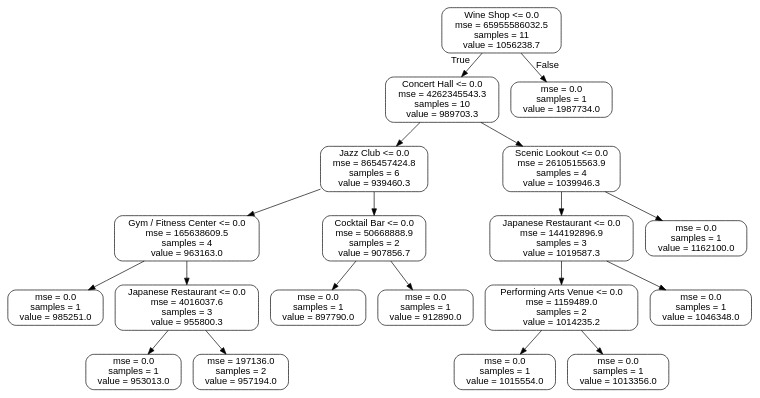
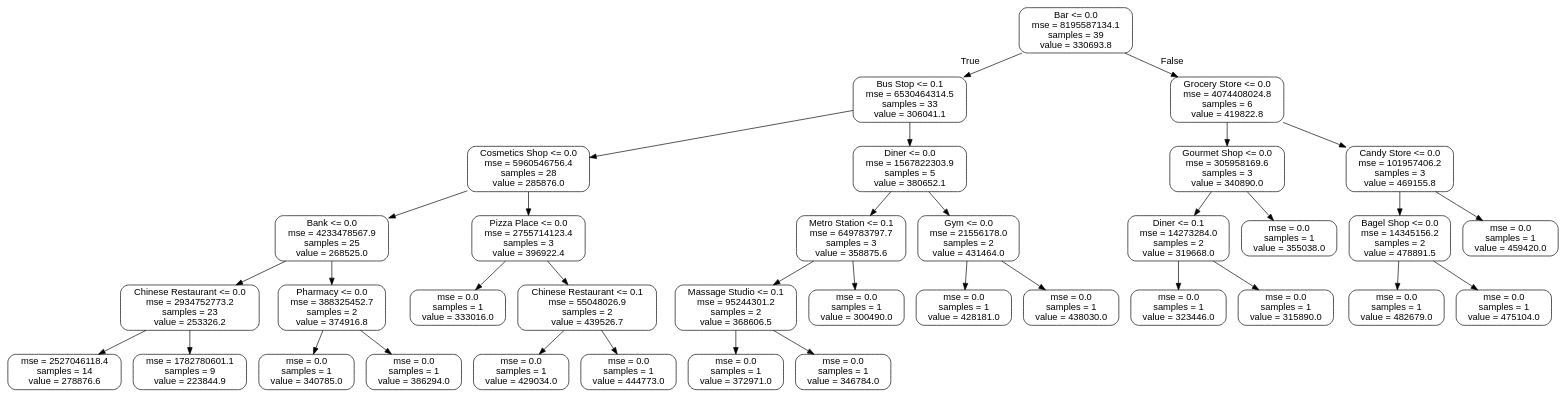
Before and after one commit to allaccountstaken/predicting_urban_home_values: the diagram in high_price_tree.dot, drawn with Graphviz. The commit also changed 7 other files, not shown here.

```diff
--- a/high_price_tree.dot
+++ b/high_price_tree.dot
@@ -1,41 +1,73 @@
 digraph Tree {
 node [shape=box, style="rounded", color="black", fontname=helvetica] ;
 edge [fontname=helvetica] ;
-0 [label="Wine Shop <= 0.0\nmse = 65955586032.5\nsamples = 11\nvalue = 1056238.7"] ;
-1 [label="Concert Hall <= 0.0\nmse = 4262345543.3\nsamples = 10\nvalue = 989703.3"] ;
+0 [label="Bar <= 0.0\nmse = 8195587134.1\nsamples = 39\nvalue = 330693.8"] ;
+1 [label="Bus Stop <= 0.1\nmse = 6530464314.5\nsamples = 33\nvalue = 306041.1"] ;
 0 -> 1 [labeldistance=2.5, labelangle=45, headlabel="True"] ;
-2 [label="Jazz Club <= 0.0\nmse = 865457424.8\nsamples = 6\nvalue = 939460.3"] ;
+2 [label="Cosmetics Shop <= 0.0\nmse = 5960546756.4\nsamples = 28\nvalue = 285876.0"] ;
 1 -> 2 ;
-3 [label="Gym / Fitness Center <= 0.0\nmse = 165638609.5\nsamples = 4\nvalue = 963163.0"] ;
+3 [label="Bank <= 0.0\nmse = 4233478567.9\nsamples = 25\nvalue = 268525.0"] ;
 2 -> 3 ;
-4 [label="mse = 0.0\nsamples = 1\nvalue = 985251.0"] ;
+4 [label="Chinese Restaurant <= 0.0\nmse = 2934752773.2\nsamples = 23\nvalue = 253326.2"] ;
 3 -> 4 ;
-5 [label="Japanese Restaurant <= 0.0\nmse = 4016037.6\nsamples = 3\nvalue = 955800.3"] ;
-3 -> 5 ;
-6 [label="mse = 0.0\nsamples = 1\nvalue = 953013.0"] ;
-5 -> 6 ;
-7 [label="mse = 197136.0\nsamples = 2\nvalue = 957194.0"] ;
-5 -> 7 ;
-8 [label="Cocktail Bar <= 0.0\nmse = 50668888.9\nsamples = 2\nvalue = 907856.7"] ;
-2 -> 8 ;
-9 [label="mse = 0.0\nsamples = 1\nvalue = 897790.0"] ;
-8 -> 9 ;
-10 [label="mse = 0.0\nsamples = 1\nvalue = 912890.0"] ;
-8 -> 10 ;
-11 [label="Scenic Lookout <= 0.0\nmse = 2610515563.9\nsamples = 4\nvalue = 1039946.3"] ;
-1 -> 11 ;
-12 [label="Japanese Restaurant <= 0.0\nmse = 144192896.9\nsamples = 3\nvalue = 1019587.3"] ;
-11 -> 12 ;
-13 [label="Performing Arts Venue <= 0.0\nmse = 1159489.0\nsamples = 2\nvalue = 1014235.2"] ;
+5 [label="mse = 2527046118.4\nsamples = 14\nvalue = 278876.6"] ;
+4 -> 5 ;
+6 [label="mse = 1782780601.1\nsamples = 9\nvalue = 223844.9"] ;
+4 -> 6 ;
+7 [label="Pharmacy <= 0.0\nmse = 388325452.7\nsamples = 2\nvalue = 374916.8"] ;
+3 -> 7 ;
+8 [label="mse = 0.0\nsamples = 1\nvalue = 340785.0"] ;
+7 -> 8 ;
+9 [label="mse = 0.0\nsamples = 1\nvalue = 386294.0"] ;
+7 -> 9 ;
+10 [label="Pizza Place <= 0.0\nmse = 2755714123.4\nsamples = 3\nvalue = 396922.4"] ;
+2 -> 10 ;
+11 [label="mse = 0.0\nsamples = 1\nvalue = 333016.0"] ;
+10 -> 11 ;
+12 [label="Chinese Restaurant <= 0.1\nmse = 55048026.9\nsamples = 2\nvalue = 439526.7"] ;
+10 -> 12 ;
+13 [label="mse = 0.0\nsamples = 1\nvalue = 429034.0"] ;
 12 -> 13 ;
-14 [label="mse = 0.0\nsamples = 1\nvalue = 1015554.0"] ;
-13 -> 14 ;
-15 [label="mse = 0.0\nsamples = 1\nvalue = 1013356.0"] ;
-13 -> 15 ;
-16 [label="mse = 0.0\nsamples = 1\nvalue = 1046348.0"] ;
-12 -> 16 ;
-17 [label="mse = 0.0\nsamples = 1\nvalue = 1162100.0"] ;
-11 -> 17 ;
-18 [label="mse = 0.0\nsamples = 1\nvalue = 1987734.0"] ;
-0 -> 18 [labeldistance=2.5, labelangle=-45, headlabel="False"] ;
+14 [label="mse = 0.0\nsamples = 1\nvalue = 444773.0"] ;
+12 -> 14 ;
+15 [label="Diner <= 0.0\nmse = 1567822303.9\nsamples = 5\nvalue = 380652.1"] ;
+1 -> 15 ;
+16 [label="Metro Station <= 0.1\nmse = 649783797.7\nsamples = 3\nvalue = 358875.6"] ;
+15 -> 16 ;
+17 [label="Massage Studio <= 0.1\nmse = 95244301.2\nsamples = 2\nvalue = 368606.5"] ;
+16 -> 17 ;
+18 [label="mse = 0.0\nsamples = 1\nvalue = 372971.0"] ;
+17 -> 18 ;
+19 [label="mse = 0.0\nsamples = 1\nvalue = 346784.0"] ;
+17 -> 19 ;
+20 [label="mse = 0.0\nsamples = 1\nvalue = 300490.0"] ;
+16 -> 20 ;
+21 [label="Gym <= 0.0\nmse = 21556178.0\nsamples = 2\nvalue = 431464.0"] ;
+15 -> 21 ;
+22 [label="mse = 0.0\nsamples = 1\nvalue = 428181.0"] ;
+21 -> 22 ;
+23 [label="mse = 0.0\nsamples = 1\nvalue = 438030.0"] ;
+21 -> 23 ;
+24 [label="Grocery Store <= 0.0\nmse = 4074408024.8\nsamples = 6\nvalue = 419822.8"] ;
+0 -> 24 [labeldistance=2.5, labelangle=-45, headlabel="False"] ;
+25 [label="Gourmet Shop <= 0.0\nmse = 305958169.6\nsamples = 3\nvalue = 340890.0"] ;
+24 -> 25 ;
+26 [label="Diner <= 0.1\nmse = 14273284.0\nsamples = 2\nvalue = 319668.0"] ;
+25 -> 26 ;
+27 [label="mse = 0.0\nsamples = 1\nvalue = 323446.0"] ;
+26 -> 27 ;
+28 [label="mse = 0.0\nsamples = 1\nvalue = 315890.0"] ;
+26 -> 28 ;
+29 [label="mse = 0.0\nsamples = 1\nvalue = 355038.0"] ;
+25 -> 29 ;
+30 [label="Candy Store <= 0.0\nmse = 101957406.2\nsamples = 3\nvalue = 469155.8"] ;
+24 -> 30 ;
+31 [label="Bagel Shop <= 0.0\nmse = 14345156.2\nsamples = 2\nvalue = 478891.5"] ;
+30 -> 31 ;
+32 [label="mse = 0.0\nsamples = 1\nvalue = 482679.0"] ;
+31 -> 32 ;
+33 [label="mse = 0.0\nsamples = 1\nvalue = 475104.0"] ;
+31 -> 33 ;
+34 [label="mse = 0.0\nsamples = 1\nvalue = 459420.0"] ;
+30 -> 34 ;
 }
```
